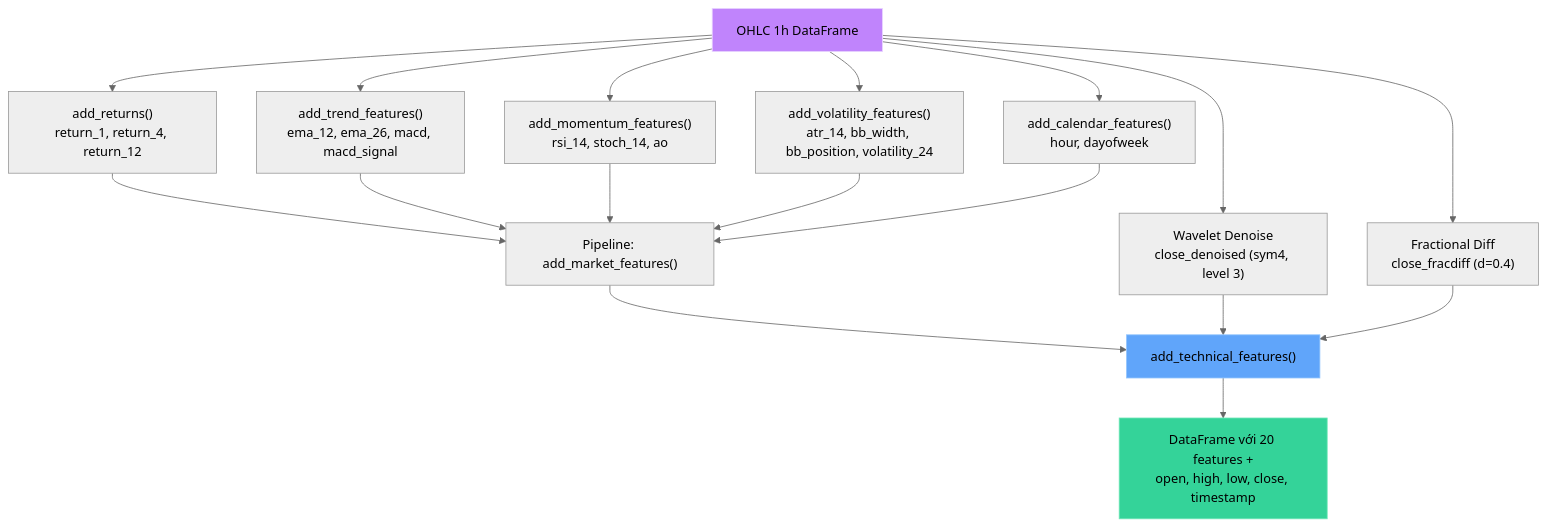
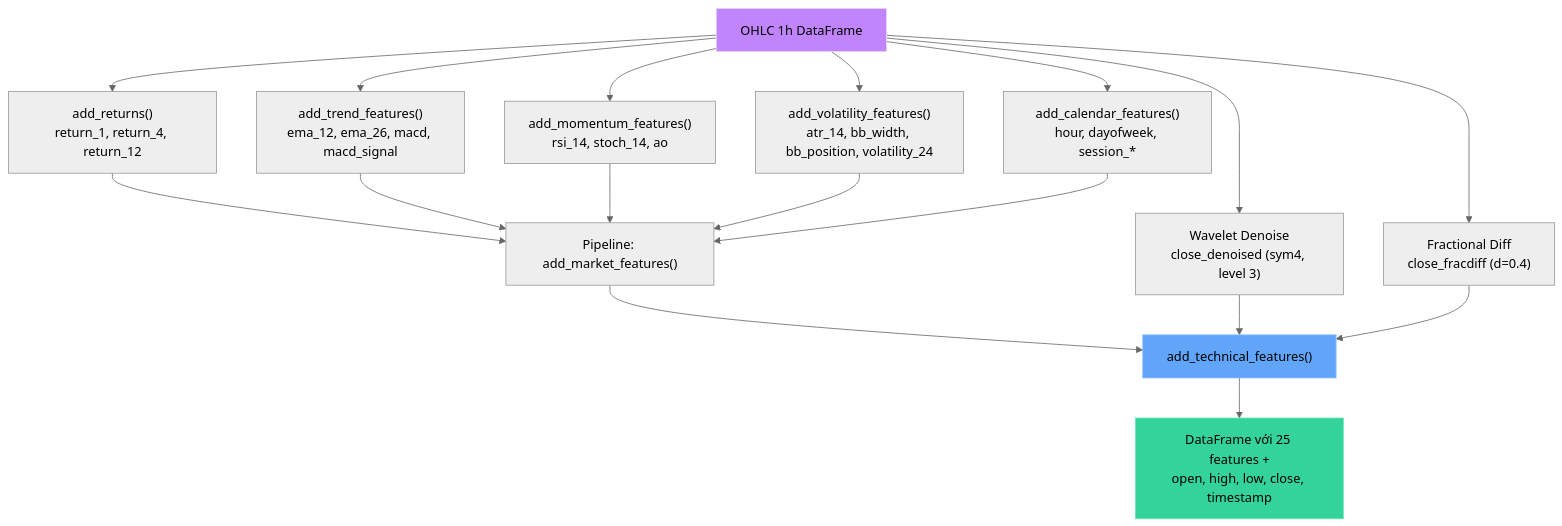
One commit to ultimateBroK/thesis-compact changed the first of 5 diagrams in docs/feature-engineering.md. Above: the diagram before and after it, drawn with Mermaid (neutral theme). The commit also changed other lines of this file and 16 other files, not shown here.

First line of the commit message:
refactor: rename hybrid_stacking → src, add session features to docs, fix mermaid parse error

````diff
--- a/docs/feature-engineering.md
+++ b/docs/feature-engineering.md
@@ -9,24 +9,24 @@
 ```mermaid
 flowchart TD
     A["OHLC 1h DataFrame"] --> B["add_returns()<br/>return_1, return_4, return_12"]
     A --> C["add_trend_features()<br/>ema_12, ema_26, macd, macd_signal"]
     A --> D["add_momentum_features()<br/>rsi_14, stoch_14, ao"]
     A --> E["add_volatility_features()<br/>atr_14, bb_width, bb_position, volatility_24"]
-    A --> F["add_calendar_features()<br/>hour, dayofweek"]
+    A --> F["add_calendar_features()<br/>hour, dayofweek, session_*"]
     A --> G["Wavelet Denoise<br/>close_denoised (sym4, level 3)"]
     A --> H["Fractional Diff<br/>close_fracdiff (d=0.4)"]
 
     B --> I["Pipeline: add_market_features()"]
     C --> I
     D --> I
     E --> I
     F --> I
     I --> J["add_technical_features()"]
     G --> J
     H --> J
-    J --> K["DataFrame với 20 features +<br/>open, high, low, close, timestamp"]
+    J --> K["DataFrame với 25 features +<br/>open, high, low, close, timestamp"]
 
     style A fill:#c084fc,stroke:#e9d5ff
     style J fill:#60a5fa,stroke:#93c5fd
     style K fill:#34d399,stroke:#6ee7b7
 ```
````
